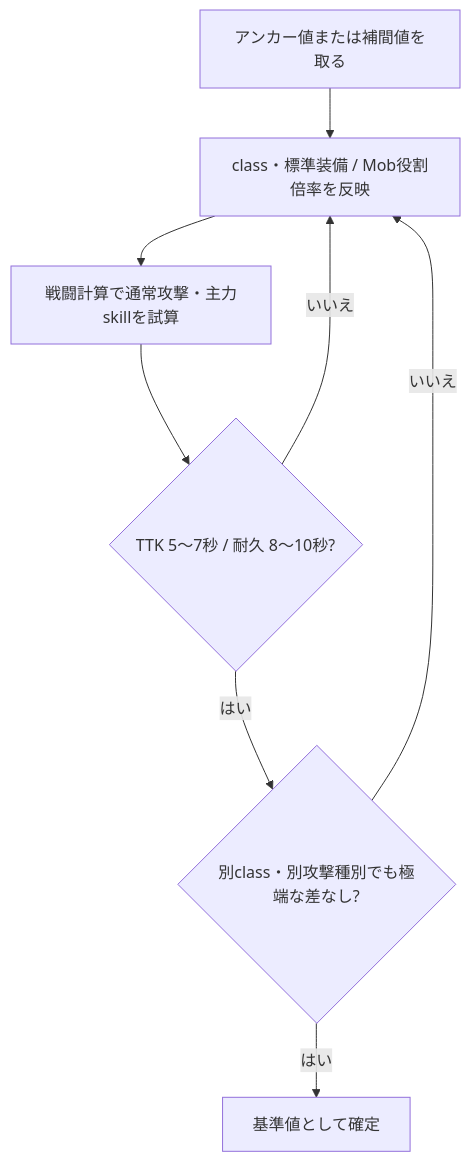
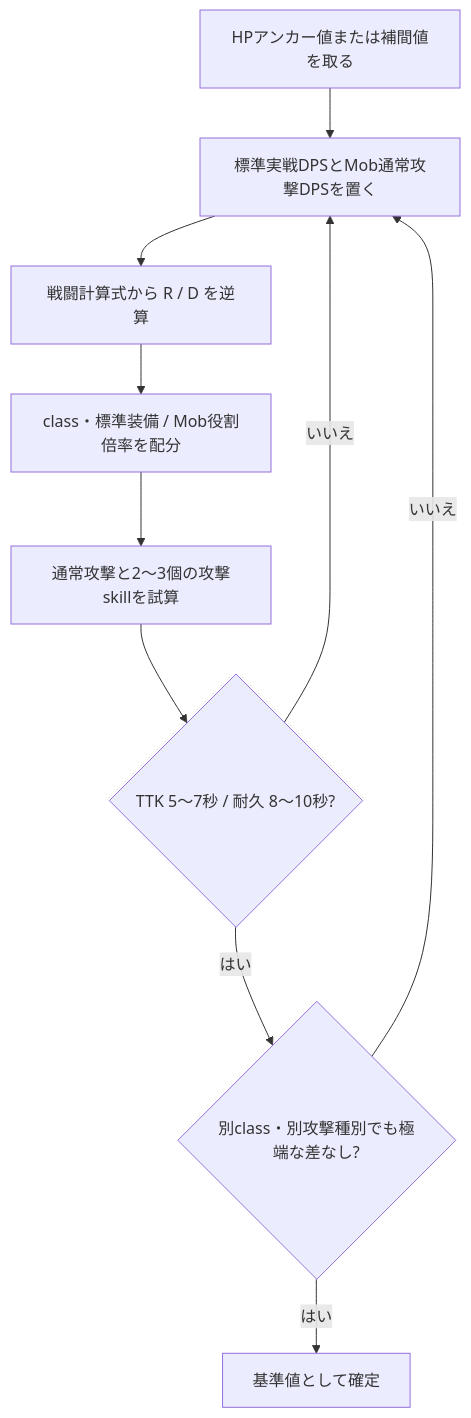
One commit to maaasu/AstralRecord-Workspace changed the third of 3 diagrams in 00_docs/60_戦闘バランス設計書/02-成長曲線.md. Above: the diagram before and after it, drawn with Mermaid. The commit also changed other lines of this file and 1 other file, not shown here.

````diff
--- a/00_docs/60_戦闘バランス設計書/02-成長曲線.md
+++ b/00_docs/60_戦闘バランス設計書/02-成長曲線.md
@@ -156,11 +183,13 @@
 ```mermaid
 flowchart TD
-    A["アンカー値または補間値を取る"] --> B["class・標準装備 / Mob役割倍率を反映"]
-    B --> C["戦闘計算で通常攻撃・主力skillを試算"]
-    C --> D{"TTK 5〜7秒 / 耐久 8〜10秒?"}
-    D -->|"いいえ"| B
-    D -->|"はい"| E{"別class・別攻撃種別でも極端な差なし?"}
-    E -->|"いいえ"| B
-    E -->|"はい"| F["基準値として確定"]
-    class C internal-link;
+    A["HPアンカー値または補間値を取る"] --> B["標準実戦DPSとMob通常攻撃DPSを置く"]
+    B --> C["戦闘計算式から R / D を逆算"]
+    C --> D["class・標準装備 / Mob役割倍率を配分"]
+    D --> E["通常攻撃と2〜3個の攻撃skillを試算"]
+    E --> F{"TTK 5〜7秒 / 耐久 8〜10秒?"}
+    F -->|"いいえ"| B
+    F -->|"はい"| G{"別class・別攻撃種別でも極端な差なし?"}
+    G -->|"いいえ"| B
+    G -->|"はい"| H["基準値として確定"]
+    class E internal-link;
 ```
````
